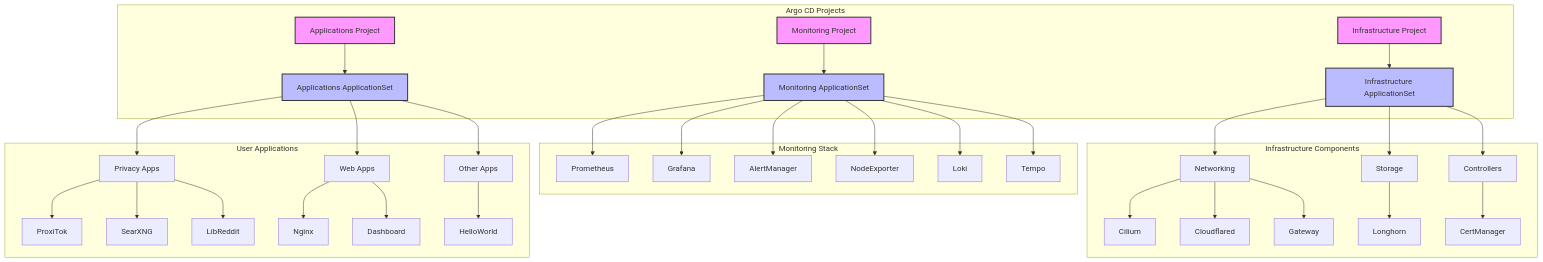
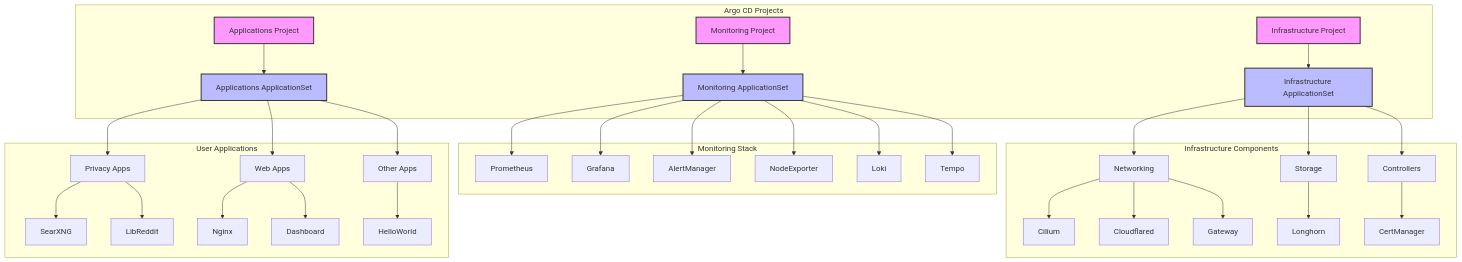
Before and after one commit to mitchross/k3s-argocd-starter: the diagram in readme.md, drawn with Mermaid. The commit also changed other lines of this file and 10 other files, not shown here.

First line of the commit message:
Remove ProxiTok manifests; harden SearxNG & docs

````diff
--- a/readme.md
+++ b/readme.md
@@ -46,53 +46,52 @@
 ```mermaid
 graph TD
     subgraph "Argo CD Projects"
         IP[Infrastructure Project] --> IAS[Infrastructure ApplicationSet]
         AP[Applications Project] --> AAS[Applications ApplicationSet]
         MP[Monitoring Project] --> MAS[Monitoring ApplicationSet]
     end
     
     subgraph "Infrastructure Components"
         IAS --> N[Networking]
         IAS --> S[Storage]
         IAS --> C[Controllers]
         
         N --> Cilium
         N --> Cloudflared
         N --> Gateway
         
         S --> Longhorn
         
         C --> CertManager
     end
     
     subgraph "Monitoring Stack"
         MAS --> Prometheus
         MAS --> Grafana
         MAS --> AlertManager
         MAS --> NodeExporter
         MAS --> Loki
         MAS --> Tempo
     end
     
     subgraph "User Applications"
         AAS --> P[Privacy Apps]
         AAS --> Web[Web Apps]
         AAS --> Other[Other Apps]
         
-        P --> ProxiTok
         P --> SearXNG
         P --> LibReddit
         
         Web --> Nginx
         Web --> Dashboard
         
         Other --> HelloWorld
     end
 
     style IP fill:#f9f,stroke:#333,stroke-width:2px
     style AP fill:#f9f,stroke:#333,stroke-width:2px
     style MP fill:#f9f,stroke:#333,stroke-width:2px
     style IAS fill:#bbf,stroke:#333,stroke-width:2px
     style AAS fill:#bbf,stroke:#333,stroke-width:2px
     style MAS fill:#bbf,stroke:#333,stroke-width:2px
 ```
````
